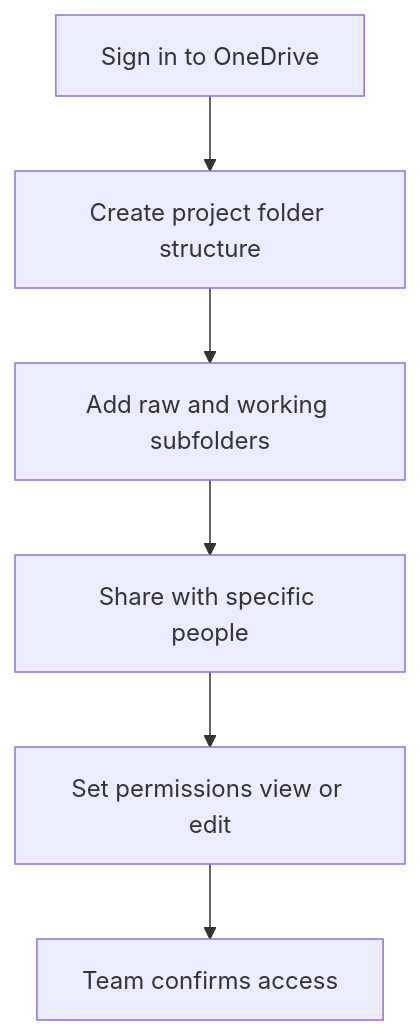
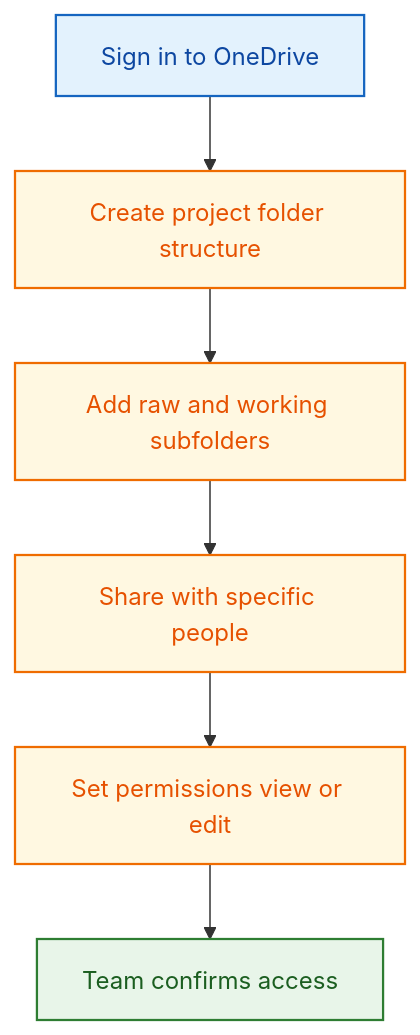
One commit to PrathamGitHub/Geo-CAD-Practical-Reference changed the first of 4 diagrams in docs/onedrive-reference.md. Above: the diagram before and after it, drawn with Mermaid. The commit also changed other lines of this file and 7 other files, not shown here.

Commit message:
Enhance documentation with updated flowcharts and class definitions for improved clarity and usability across AutoCAD Civil 3D, Excel 365, Google Earth Pro, OneDrive, and QGIS workflows.

````diff
--- a/docs/onedrive-reference.md
+++ b/docs/onedrive-reference.md
@@ -81,8 +81,17 @@
 ```mermaid
 flowchart TD
     A[Sign in to OneDrive] --> B[Create project folder structure]
     B --> C[Add raw and working subfolders]
     C --> D[Share with specific people]
     D --> E[Set permissions view or edit]
     E --> F[Team confirms access]
+
+    classDef input fill:#e3f2fd,stroke:#1565c0,stroke-width:1.5px,color:#0d47a1;
+    classDef process fill:#fff8e1,stroke:#ef6c00,stroke-width:1.5px,color:#e65100;
+    classDef decision fill:#ffebee,stroke:#c62828,stroke-width:1.5px,color:#8e0000;
+    classDef output fill:#e8f5e9,stroke:#2e7d32,stroke-width:1.5px,color:#1b5e20;
+
+    class A input;
+    class B,C,D,E process;
+    class F output;
 ```
````
